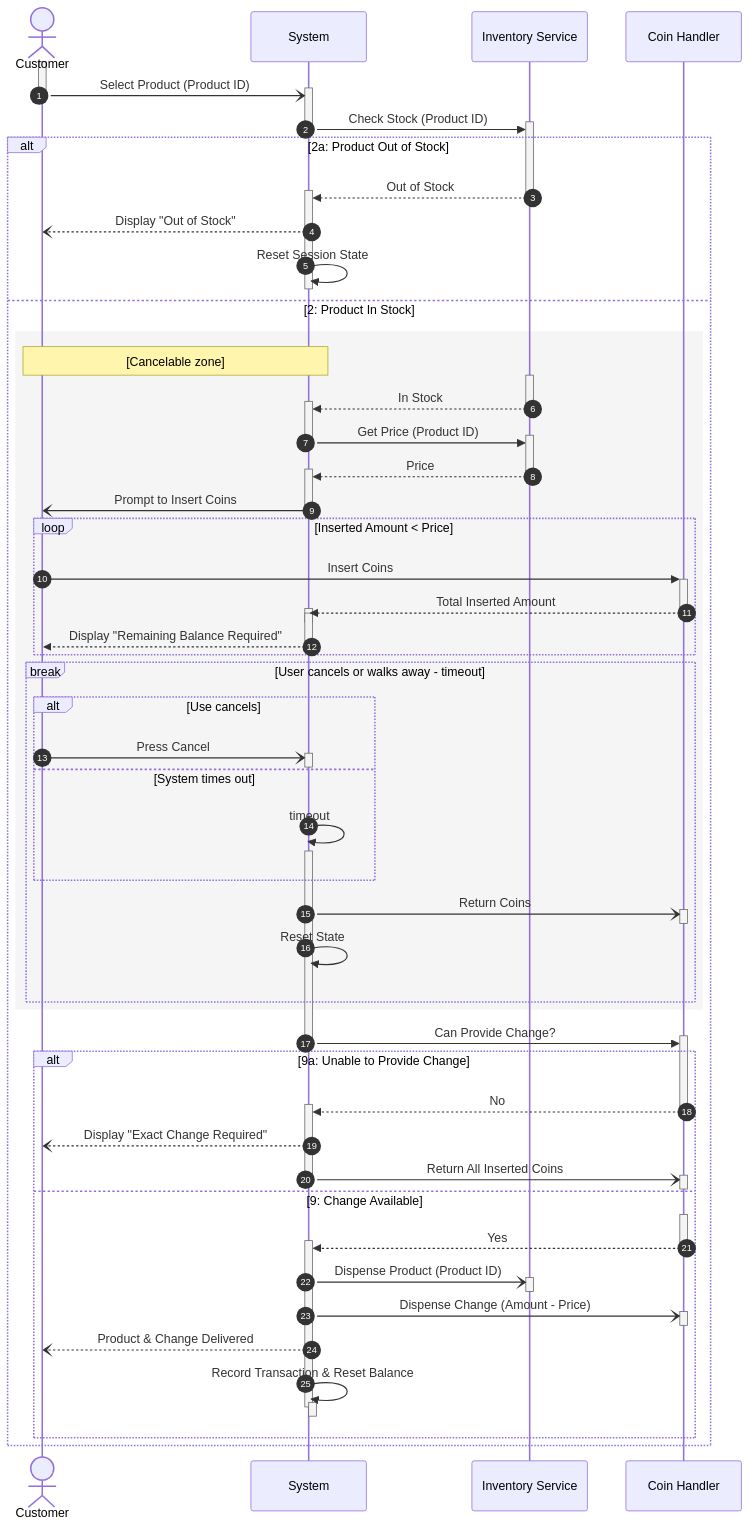
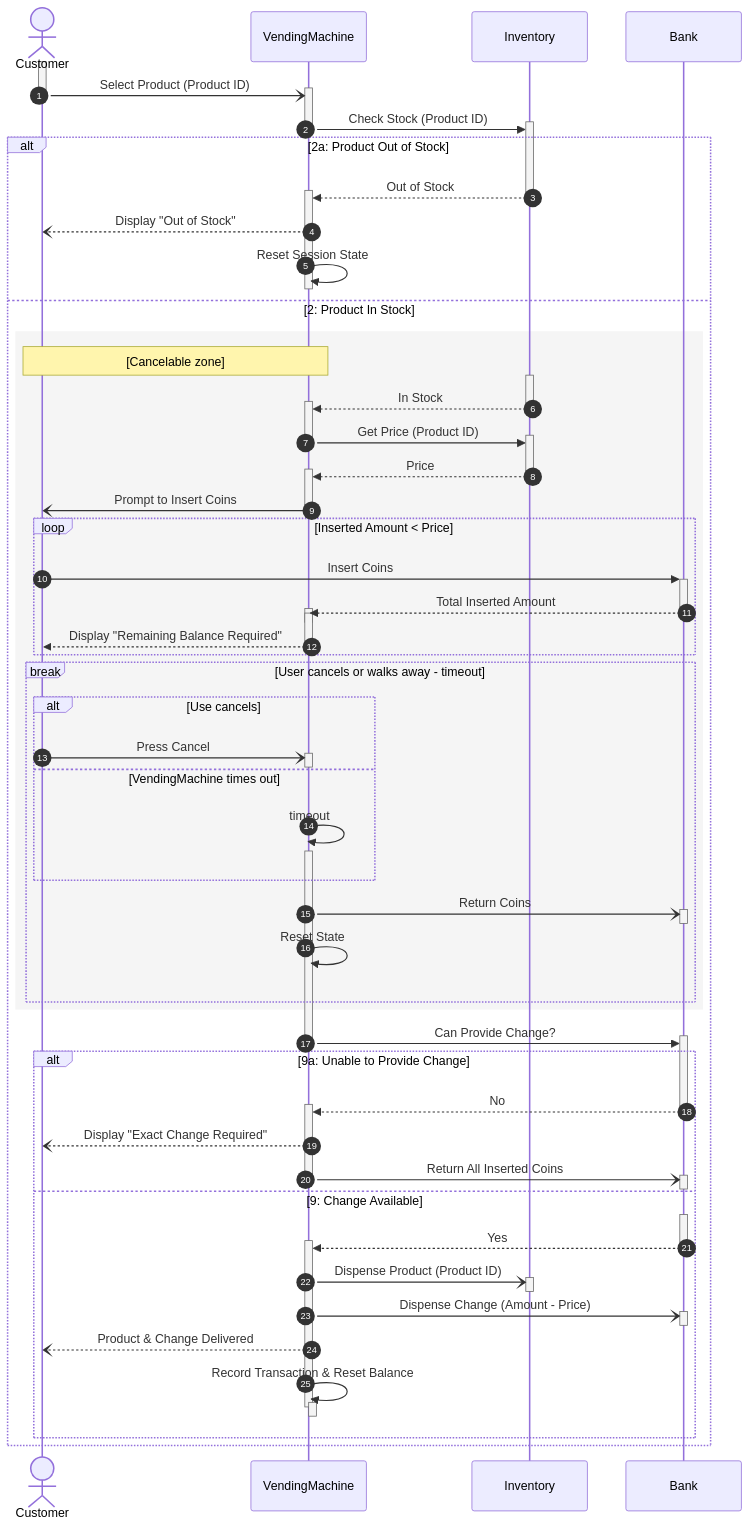
Before and after one commit to DomSz4bo/bc-project: the diagram in examples/vending_machine/sq_diagram-rectblock.md, drawn with Mermaid. The commit also changed 2 other files, not shown here.

Commit message:
Update example

````diff
--- a/examples/vending_machine/sq_diagram-rectblock.md
+++ b/examples/vending_machine/sq_diagram-rectblock.md
@@ -1,80 +1,80 @@
 ```mermaid
 sequenceDiagram
     autonumber
     actor Customer
-    participant System
-    participant Inventory as Inventory Service
-    participant Bank as Coin Handler
+    participant VendingMachine
+    participant Inventory
+    participant Bank
 
     activate Customer
-    Customer-)+System: Select Product (Product ID)
+    Customer-)+VendingMachine: Select Product (Product ID)
     deactivate Customer
     
-    System->>+Inventory: Check Stock (Product ID)
-    deactivate System
+    VendingMachine->>+Inventory: Check Stock (Product ID)
+    deactivate VendingMachine
 
     alt 2a: Product Out of Stock
-        Inventory-->>+System: Out of Stock
+        Inventory-->>+VendingMachine: Out of Stock
         deactivate Inventory
-        System--)Customer: Display "Out of Stock"
-        System->>-System: Reset Session State
+        VendingMachine--)Customer: Display "Out of Stock"
+        VendingMachine->>-VendingMachine: Reset Session State
     else 2: Product In Stock
         rect rgb(245, 245, 245)
-            Note over Customer, System: [Cancelable zone]  
+            Note over Customer, VendingMachine: [Cancelable zone]  
             activate Inventory
-            Inventory-->>+System: In Stock  
+            Inventory-->>+VendingMachine: In Stock  
             deactivate Inventory
-            System->>+Inventory: Get Price (Product ID)
-            deactivate System
-            Inventory-->>+System: Price
+            VendingMachine->>+Inventory: Get Price (Product ID)
+            deactivate VendingMachine
+            Inventory-->>+VendingMachine: Price
             deactivate Inventory
-            System-)-Customer: Prompt to Insert Coins
+            VendingMachine-)-Customer: Prompt to Insert Coins
 
             loop Inserted Amount < Price
                 Customer->>+Bank: Insert Coins
-                Bank-->>-System: Total Inserted Amount
-                activate System
-                deactivate System
+                Bank-->>-VendingMachine: Total Inserted Amount
+                activate VendingMachine
+                deactivate VendingMachine
                 
-                activate System
-                System-->>-Customer: Display "Remaining Balance Required"
+                activate VendingMachine
+                VendingMachine-->>-Customer: Display "Remaining Balance Required"
             end
             break User cancels or walks away - timeout
                 alt Use cancels
-                    Customer-)+System: Press Cancel
-                    deactivate System
-                else System times out 
-                    System ->>+System: timeout
+                    Customer-)+VendingMachine: Press Cancel
+                    deactivate VendingMachine
+                else VendingMachine times out 
+                    VendingMachine ->>+VendingMachine: timeout
                 end
-                System-)+Bank: Return Coins
+                VendingMachine-)+Bank: Return Coins
                 deactivate Bank
-                System->>System: Reset State
+                VendingMachine->>VendingMachine: Reset State
             end
         end
         
 
-        System->>+Bank: Can Provide Change?
-        deactivate System
+        VendingMachine->>+Bank: Can Provide Change?
+        deactivate VendingMachine
         
         alt 9a: Unable to Provide Change
-            Bank-->>+System: No
+            Bank-->>+VendingMachine: No
             deactivate Bank
-            System--)Customer: Display "Exact Change Required"
-            System-)+Bank: Return All Inserted Coins
-            deactivate System
+            VendingMachine--)Customer: Display "Exact Change Required"
+            VendingMachine-)+Bank: Return All Inserted Coins
+            deactivate VendingMachine
             deactivate Bank
         else 9: Change Available
             activate Bank
-            Bank-->>+System: Yes
+            Bank-->>+VendingMachine: Yes
             deactivate Bank
-            System-)+Inventory: Dispense Product (Product ID)
+            VendingMachine-)+Inventory: Dispense Product (Product ID)
             deactivate Inventory
-            System-)+Bank: Dispense Change (Amount - Price)
+            VendingMachine-)+Bank: Dispense Change (Amount - Price)
             deactivate Bank
-            System--)Customer: Product & Change Delivered
-            System->>+System: Record Transaction & Reset Balance
-            deactivate System
-            deactivate System
+            VendingMachine--)Customer: Product & Change Delivered
+            VendingMachine->>+VendingMachine: Record Transaction & Reset Balance
+            deactivate VendingMachine
+            deactivate VendingMachine
         end
     end
 ```
````
